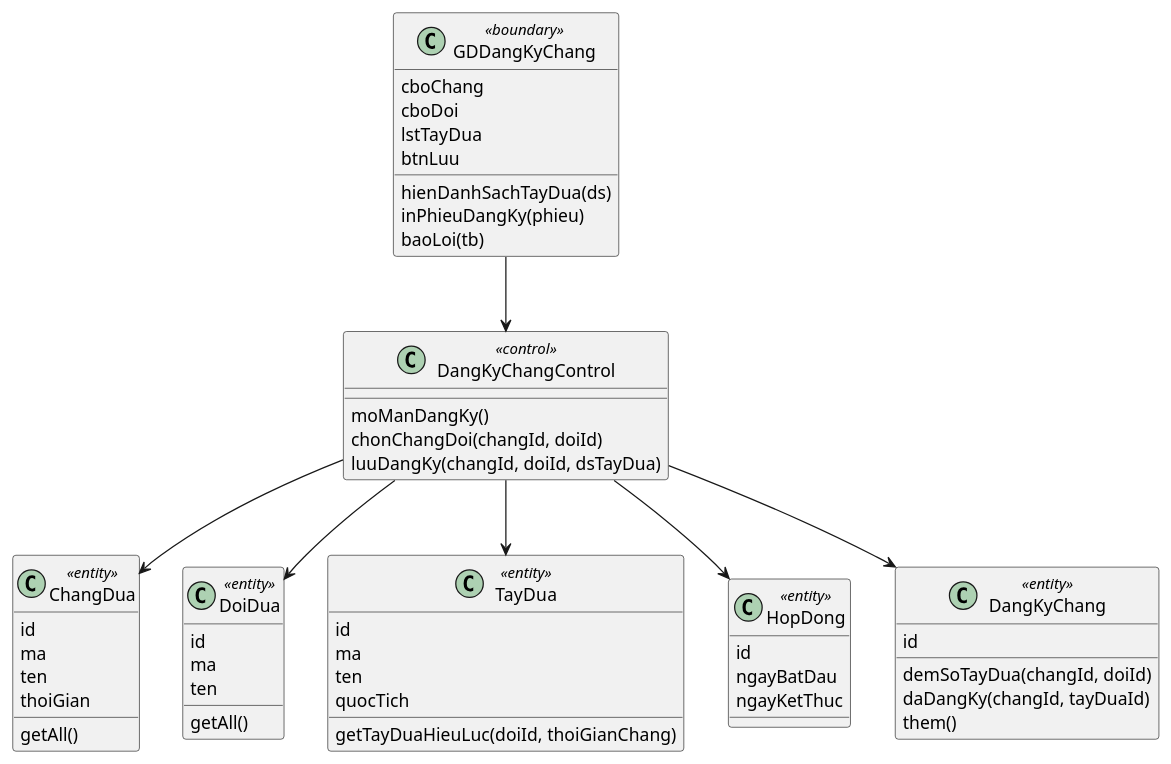
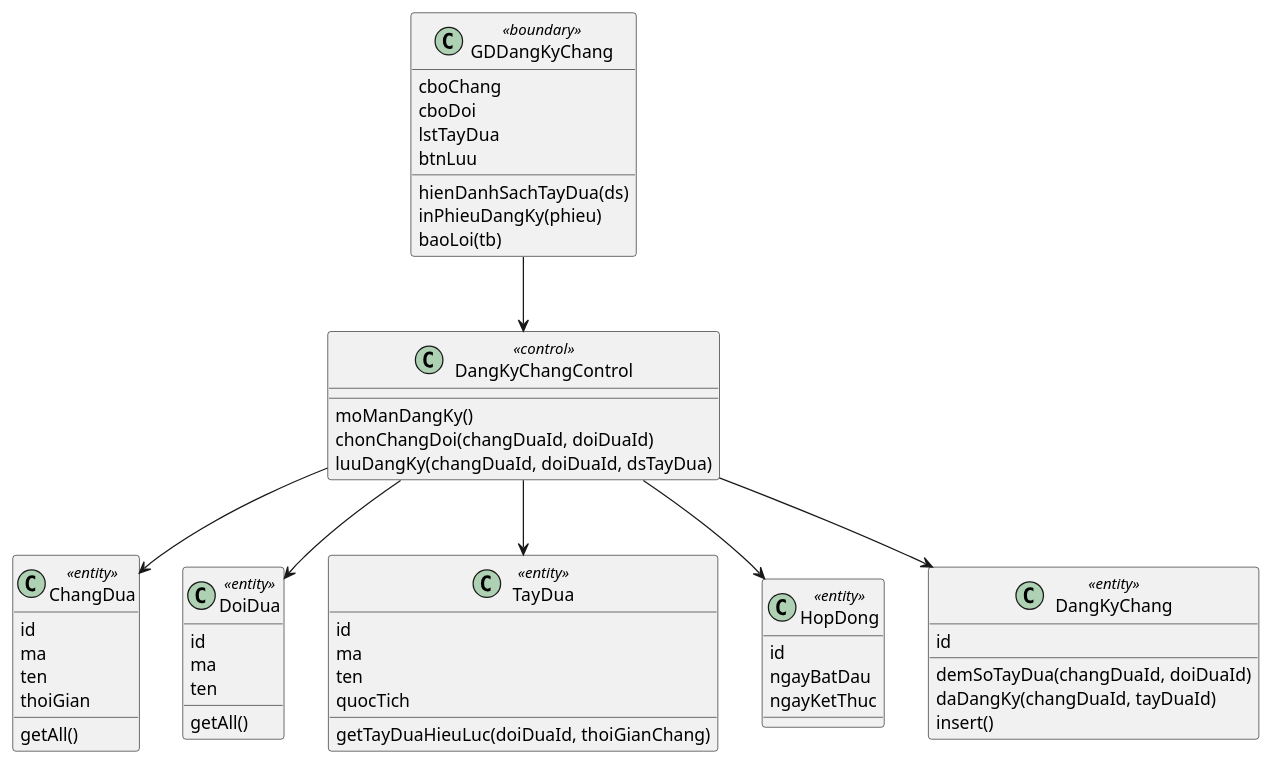
One commit to 7gho/CNPM-He2026 changed the third of 5 diagrams in Module 2 - Kin/noi-dung.md. Above: the diagram before and after it, drawn with PlantUML. The commit also changed other lines of this file and 9 other files, not shown here.

````diff
--- a/Module 2 - Kin/noi-dung.md
+++ b/Module 2 - Kin/noi-dung.md
@@ -82,55 +83,55 @@
 ```plantuml
 @startuml
 class GDDangKyChang <<boundary>> {
   cboChang
   cboDoi
   lstTayDua
   btnLuu
   hienDanhSachTayDua(ds)
   inPhieuDangKy(phieu)
   baoLoi(tb)
 }
 class DangKyChangControl <<control>> {
   moManDangKy()
-  chonChangDoi(changId, doiId)
-  luuDangKy(changId, doiId, dsTayDua)
+  chonChangDoi(changDuaId, doiDuaId)
+  luuDangKy(changDuaId, doiDuaId, dsTayDua)
 }
 class ChangDua <<entity>> {
   id
   ma
   ten
   thoiGian
   getAll()
 }
 class DoiDua <<entity>> {
   id
   ma
   ten
   getAll()
 }
 class TayDua <<entity>> {
   id
   ma
   ten
   quocTich
-  getTayDuaHieuLuc(doiId, thoiGianChang)
+  getTayDuaHieuLuc(doiDuaId, thoiGianChang)
 }
 class HopDong <<entity>> {
   id
   ngayBatDau
   ngayKetThuc
 }
 class DangKyChang <<entity>> {
   id
-  demSoTayDua(changId, doiId)
-  daDangKy(changId, tayDuaId)
-  them()
+  demSoTayDua(changDuaId, doiDuaId)
+  daDangKy(changDuaId, tayDuaId)
+  insert()
 }
 GDDangKyChang --> DangKyChangControl
 DangKyChangControl --> ChangDua
 DangKyChangControl --> DoiDua
 DangKyChangControl --> TayDua
 DangKyChangControl --> HopDong
 DangKyChangControl --> DangKyChang
 @enduml
 ```
````
